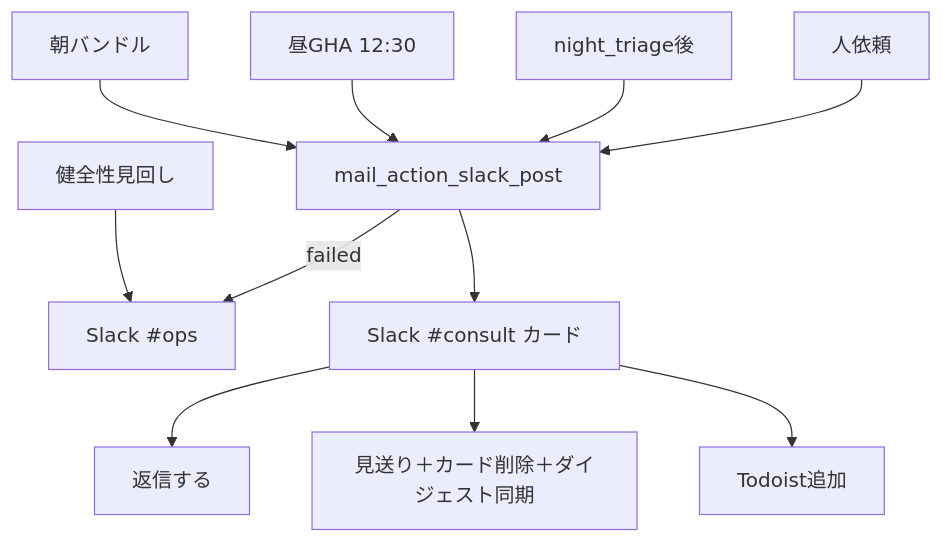
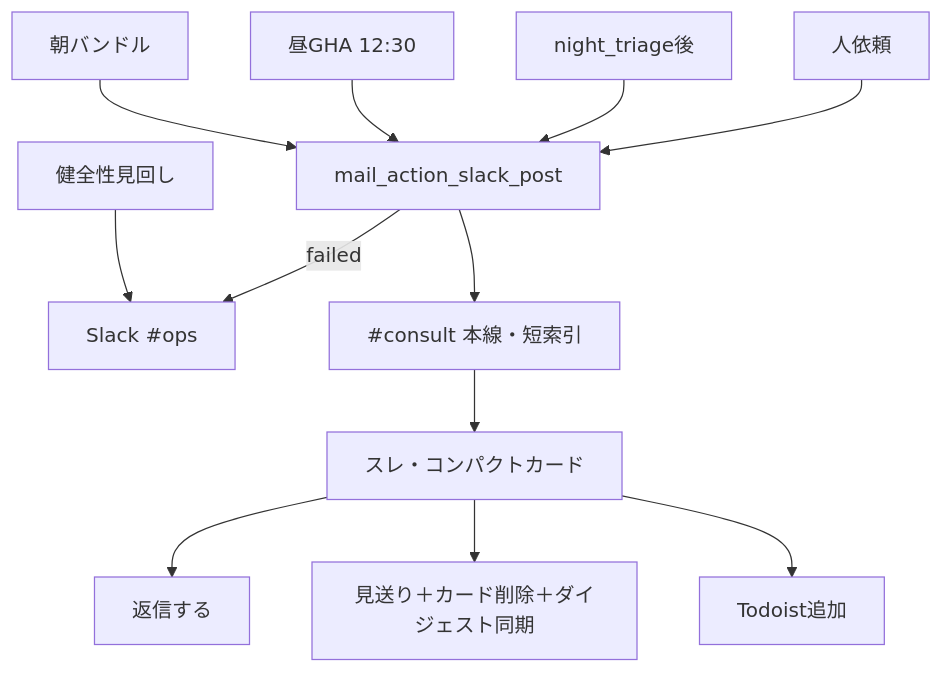
One commit to m19mhrts83-cyber/project-GE changed the diagram in docs/AIエージェントチーム/100_連絡・物件動向把握室/116_メール要対応係/flow.md. Above: the diagram before and after it, drawn with Mermaid. The commit also changed other lines of this file and 6 other files, not shown here.

````diff
--- a/docs/AIエージェントチーム/100_連絡・物件動向把握室/116_メール要対応係/flow.md
+++ b/docs/AIエージェントチーム/100_連絡・物件動向把握室/116_メール要対応係/flow.md
@@ -20,13 +20,14 @@
 ```mermaid
 flowchart TD
   T1[朝バンドル] --> Post[mail_action_slack_post]
   T2[昼GHA 12:30] --> Post
   T3[night_triage後] --> Post
   T4[人依頼] --> Post
   T5[健全性見回し] --> Ops["Slack #ops"]
-  Post --> Consult["Slack #consult カード"]
-  Consult --> Reply[返信する]
-  Consult --> Skip[見送り＋カード削除＋ダイジェスト同期]
-  Consult --> Todo[Todoist追加]
+  Post --> Digest["#consult 本線・短索引"]
+  Digest --> Thread["スレ・コンパクトカード"]
+  Thread --> Reply[返信する]
+  Thread --> Skip[見送り＋カード削除＋ダイジェスト同期]
+  Thread --> Todo[Todoist追加]
   Post -->|failed| Ops
 ```
````
